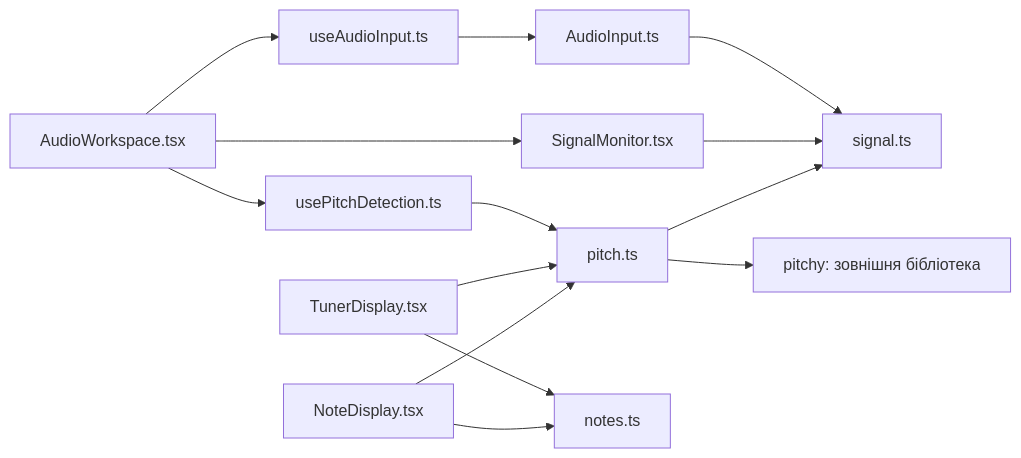
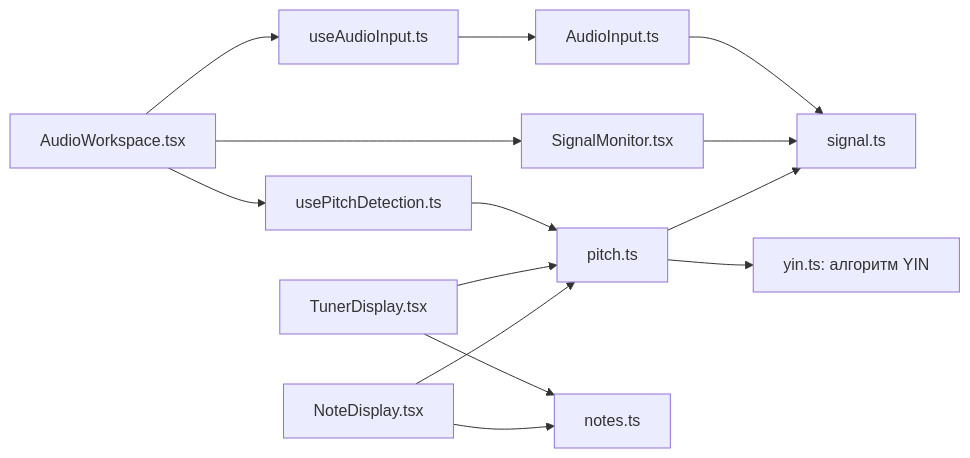
Before and after one commit to TheVangoog/Sonora: diagram 30 of 33 in docs/PROJECT-MAP.md, drawn with Mermaid. The commit also changed other lines of this file and 17 other files, not shown here.

First line of the commit message:
Tuner: replace Pitchy (MPM) with our own YIN

````diff
--- a/docs/PROJECT-MAP.md
+++ b/docs/PROJECT-MAP.md
@@ -624,16 +624,16 @@
 ```mermaid
 flowchart LR
     Workspace["AudioWorkspace.tsx"] --> AudioHook["useAudioInput.ts"]
     Workspace --> PitchHook["usePitchDetection.ts"]
     Workspace --> Monitor["SignalMonitor.tsx"]
     AudioHook --> Input["AudioInput.ts"]
     Input --> Signal["signal.ts"]
     Monitor --> Signal
     PitchHook --> Pitch["pitch.ts"]
     Pitch --> Signal
-    Pitch --> Pitchy["pitchy: зовнішня бібліотека"]
+    Pitch --> Yin["yin.ts: алгоритм YIN"]
     Tuner["TunerDisplay.tsx"] --> Notes["notes.ts"]
     NoteDisplay["NoteDisplay.tsx"] --> Notes
     Tuner --> Pitch
     NoteDisplay --> Pitch
 ```
````
